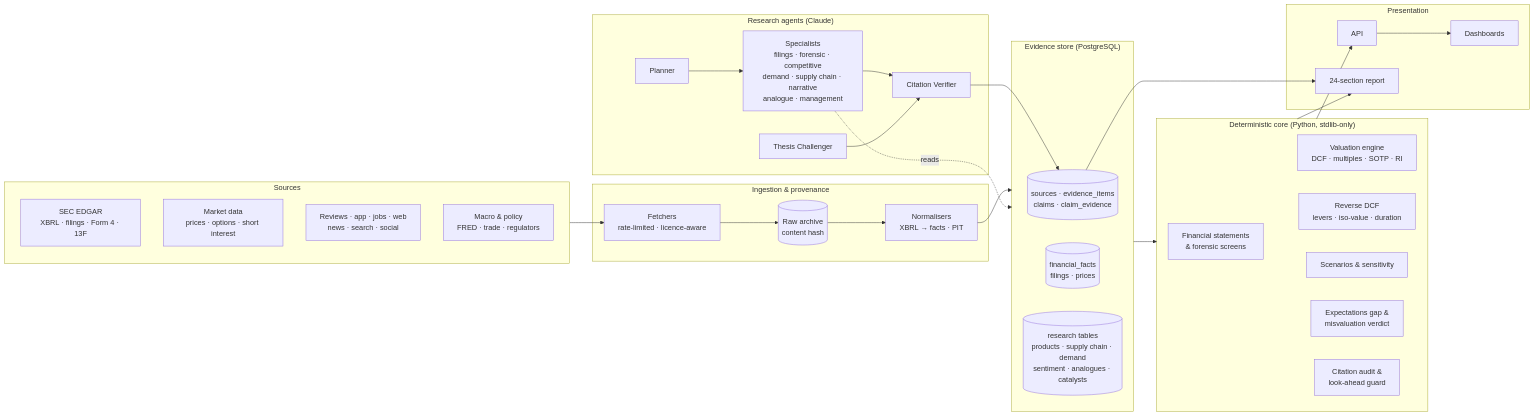
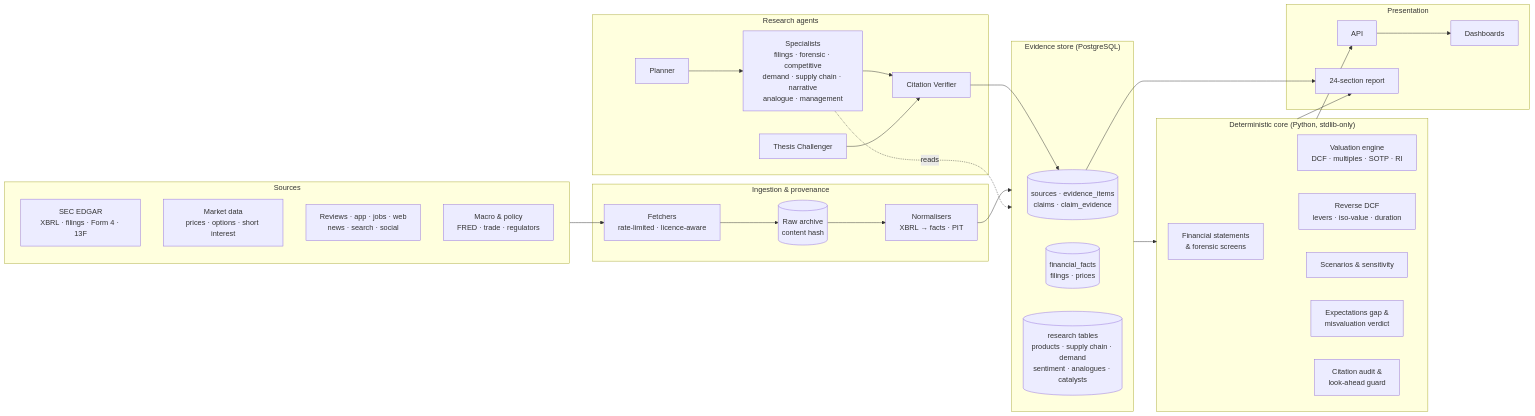
One commit to NimaMema/deepterminal-portfolio changed the diagram in docs/ARCHITECTURE.md. Above: the diagram before and after it, drawn with Mermaid. The commit also changed other lines of this file and 11 other files, not shown here.

````diff
--- a/docs/ARCHITECTURE.md
+++ b/docs/ARCHITECTURE.md
@@ -19,47 +19,47 @@
 ```mermaid
 flowchart LR
   subgraph Sources
     SEC[SEC EDGAR\nXBRL · filings · Form 4 · 13F]
     MKT[Market data\nprices · options · short interest]
     ALT[Reviews · app · jobs · web\nnews · search · social]
     MAC[Macro & policy\nFRED · trade · regulators]
   end
   subgraph Ingestion["Ingestion & provenance"]
     FETCH[Fetchers\nrate-limited · licence-aware]
     ARCH[(Raw archive\ncontent hash)]
     NORM[Normalisers\nXBRL → facts · PIT]
   end
   subgraph Store["Evidence store (PostgreSQL)"]
     EV[(sources · evidence_items\nclaims · claim_evidence)]
     FIN[(financial_facts\nfilings · prices)]
     RES[(research tables\nproducts · supply chain · demand\nsentiment · analogues · catalysts)]
   end
   subgraph Core["Deterministic core (Python, stdlib-only)"]
     FS[Financial statements\n& forensic screens]
     VAL[Valuation engine\nDCF · multiples · SOTP · RI]
     REV[Reverse DCF\nlevers · iso-value · duration]
     SCN[Scenarios & sensitivity]
     EXP[Expectations gap &\nmisvaluation verdict]
     CIT[Citation audit &\nlook-ahead guard]
   end
-  subgraph Agents["Research agents (Claude)"]
+  subgraph Agents["Research agents"]
     PLAN[Planner]
     SPEC[Specialists\nfilings · forensic · competitive\ndemand · supply chain · narrative\nanalogue · management]
     CHAL[Thesis Challenger]
     VER[Citation Verifier]
   end
   subgraph Present["Presentation"]
     API[API]
     DASH[Dashboards]
     REP[24-section report]
   end
   Sources --> FETCH --> ARCH --> NORM --> Store
   PLAN --> SPEC --> VER --> EV
   CHAL --> VER
   Store --> Core
   Core --> EXP
   SPEC -. reads .-> Store
   Core --> API --> DASH
   Core --> REP
   EV --> REP
 ```
````
